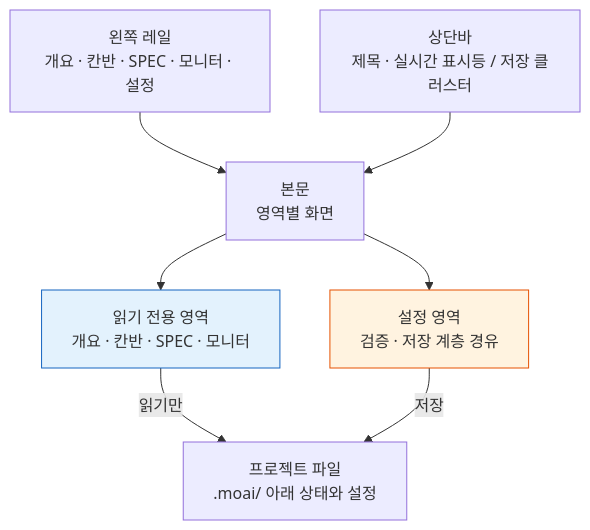
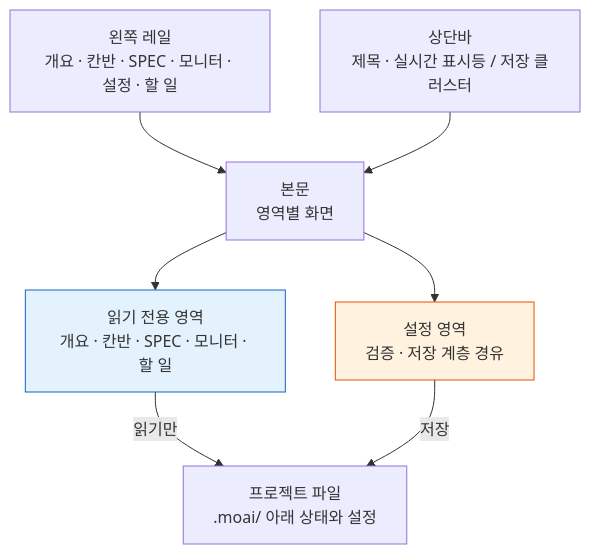
The diagram in docs-site/content/ko/advanced/moai-web-console.md (modu-ai/moai-adk), drawn with Mermaid before and after one commit. The commit also changed other lines of this file and 109 other files, not shown here.

````diff
--- a/docs-site/content/ko/advanced/moai-web-console.md
+++ b/docs-site/content/ko/advanced/moai-web-console.md
@@ -31,19 +32,19 @@
 ```mermaid
 flowchart TD
-    Rail["왼쪽 레일<br/>개요 · 칸반 · SPEC · 모니터 · 설정"]
+    Rail["왼쪽 레일<br/>개요 · 칸반 · SPEC · 모니터 · 설정 · 할 일"]
     Top["상단바<br/>제목 · 실시간 표시등 / 저장 클러스터"]
     Body["본문<br/>영역별 화면"]
-    Read["읽기 전용 영역<br/>개요 · 칸반 · SPEC · 모니터"]
+    Read["읽기 전용 영역<br/>개요 · 칸반 · SPEC · 모니터 · 할 일"]
     Write["설정 영역<br/>검증 · 저장 계층 경유"]
     Files["프로젝트 파일<br/>.moai/ 아래 상태와 설정"]
 
     Rail --> Body
     Top --> Body
     Body --> Read
     Body --> Write
     Read -->|읽기만| Files
     Write -->|저장| Files
 
     style Read fill:#E3F2FD,stroke:#1565C0
     style Write fill:#FFF3E0,stroke:#E65100
 ```
````
